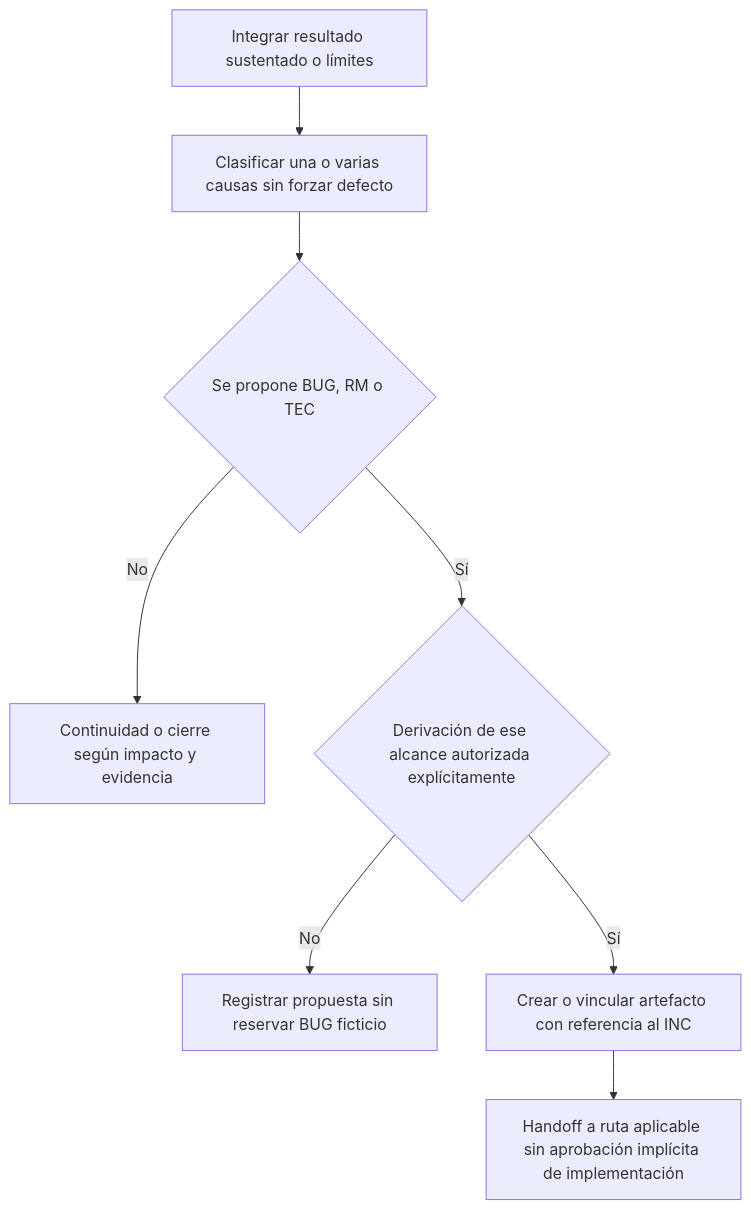
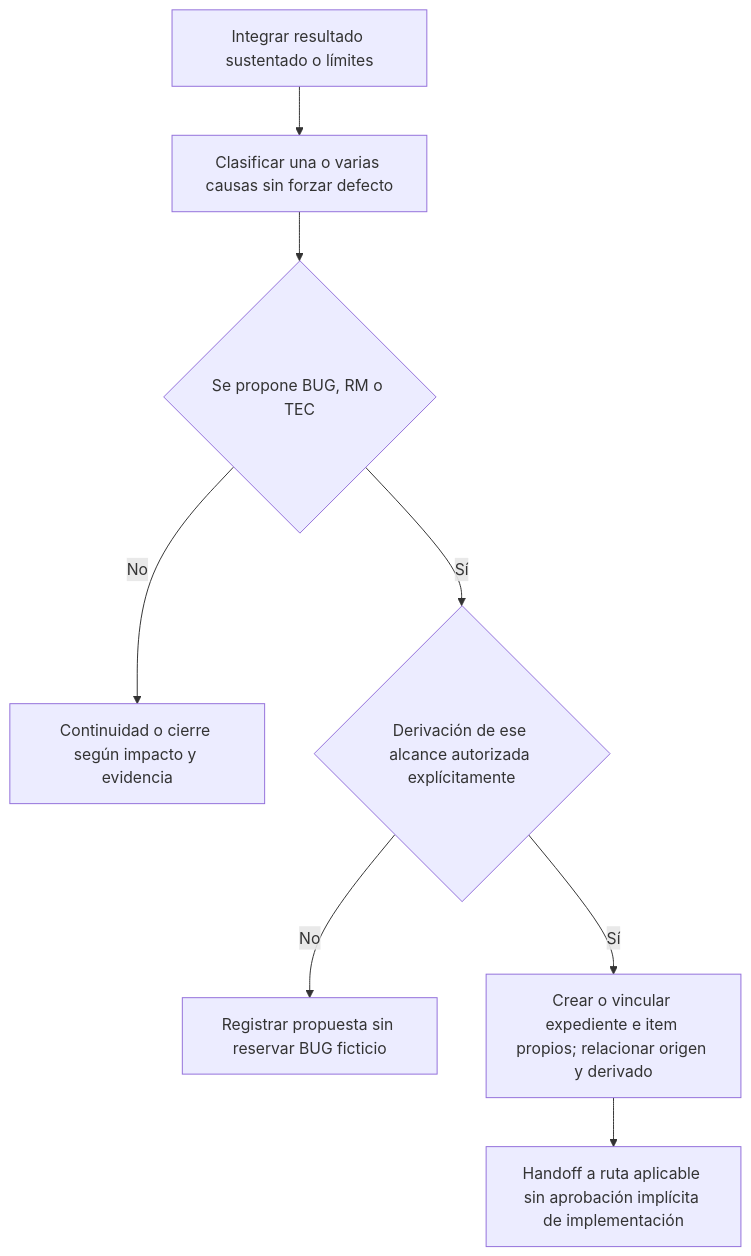
One commit to matgro/faro-suite-skills changed the fourth of 5 diagrams in docs/flujo-faro/04-incidentes.md. Above: the diagram before and after it, drawn with Mermaid. The commit also changed other lines of this file and 73 other files, not shown here.

````diff
--- a/docs/flujo-faro/04-incidentes.md
+++ b/docs/flujo-faro/04-incidentes.md
@@ -134,10 +136,10 @@
 ```mermaid
 flowchart TD
     D0["Integrar resultado sustentado o límites"] --> D1["Clasificar una o varias causas sin forzar defecto"]
     D1 --> D2{"Se propone BUG, RM o TEC"}
     D2 -->|"No"| D3["Continuidad o cierre según impacto y evidencia"]
     D2 -->|"Sí"| D4{"Derivación de ese alcance autorizada explícitamente"}
     D4 -->|"No"| D5["Registrar propuesta sin reservar BUG ficticio"]
-    D4 -->|"Sí"| D6["Crear o vincular artefacto con referencia al INC"]
+    D4 -->|"Sí"| D6["Crear o vincular expediente e item propios; relacionar origen y derivado"]
     D6 --> D7["Handoff a ruta aplicable sin aprobación implícita de implementación"]
 ```
````
